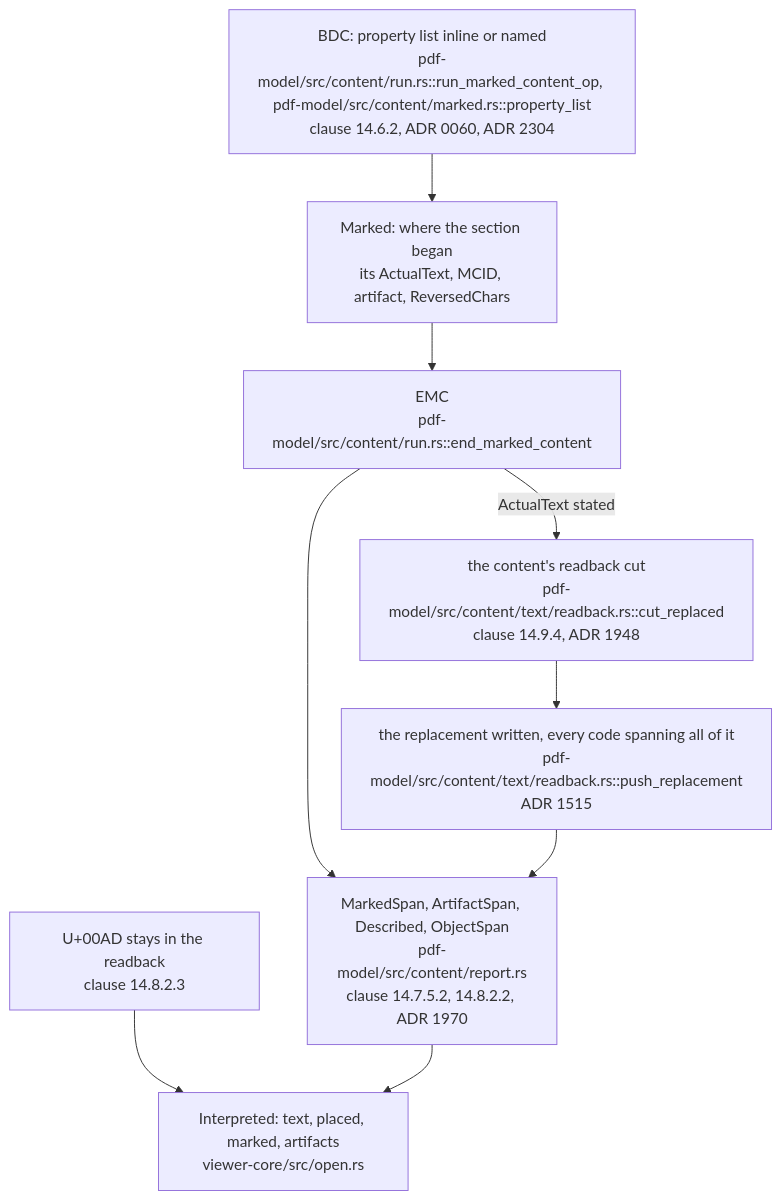
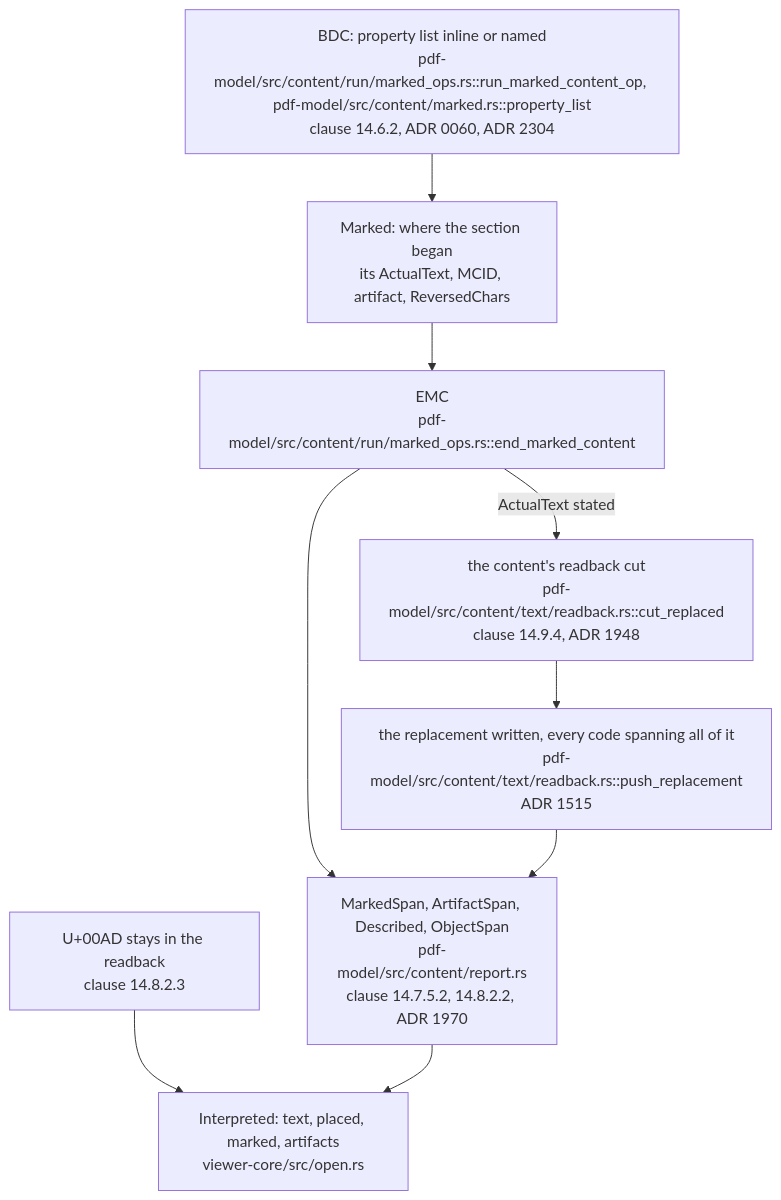
The third of 6 diagrams in doc/teaching/how-text-is-selected-and-copied.md (close2/pdf-viewer), drawn with Mermaid before and after one commit. The commit also changed other lines of this file and 95 other files, not shown here.

````diff
--- a/doc/teaching/how-text-is-selected-and-copied.md
+++ b/doc/teaching/how-text-is-selected-and-copied.md
@@ -268,20 +268,20 @@
 ```mermaid
 flowchart TD
-    BDC["BDC: property list inline or named<br/>pdf-model/src/content/run.rs::run_marked_content_op, pdf-model/src/content/marked.rs::property_list<br/>clause 14.6.2, ADR 0060, ADR 2304"]
+    BDC["BDC: property list inline or named<br/>pdf-model/src/content/run/marked_ops.rs::run_marked_content_op, pdf-model/src/content/marked.rs::property_list<br/>clause 14.6.2, ADR 0060, ADR 2304"]
     OPEN["Marked: where the section began<br/>its ActualText, MCID, artifact, ReversedChars"]
-    EMC["EMC<br/>pdf-model/src/content/run.rs::end_marked_content"]
+    EMC["EMC<br/>pdf-model/src/content/run/marked_ops.rs::end_marked_content"]
     CUT["the content's readback cut<br/>pdf-model/src/content/text/readback.rs::cut_replaced<br/>clause 14.9.4, ADR 1948"]
     REPL["the replacement written, every code spanning all of it<br/>pdf-model/src/content/text/readback.rs::push_replacement<br/>ADR 1515"]
     SHY["U+00AD stays in the readback<br/>clause 14.8.2.3"]
     SPANS["MarkedSpan, ArtifactSpan, Described, ObjectSpan<br/>pdf-model/src/content/report.rs<br/>clause 14.7.5.2, 14.8.2.2, ADR 1970"]
     KEPT["Interpreted: text, placed, marked, artifacts<br/>viewer-core/src/open.rs"]
 
     BDC --> OPEN
     OPEN --> EMC
     EMC -->|"ActualText stated"| CUT
     CUT --> REPL
     EMC --> SPANS
     REPL --> SPANS
     SHY --> KEPT
     SPANS --> KEPT
 ```
````
